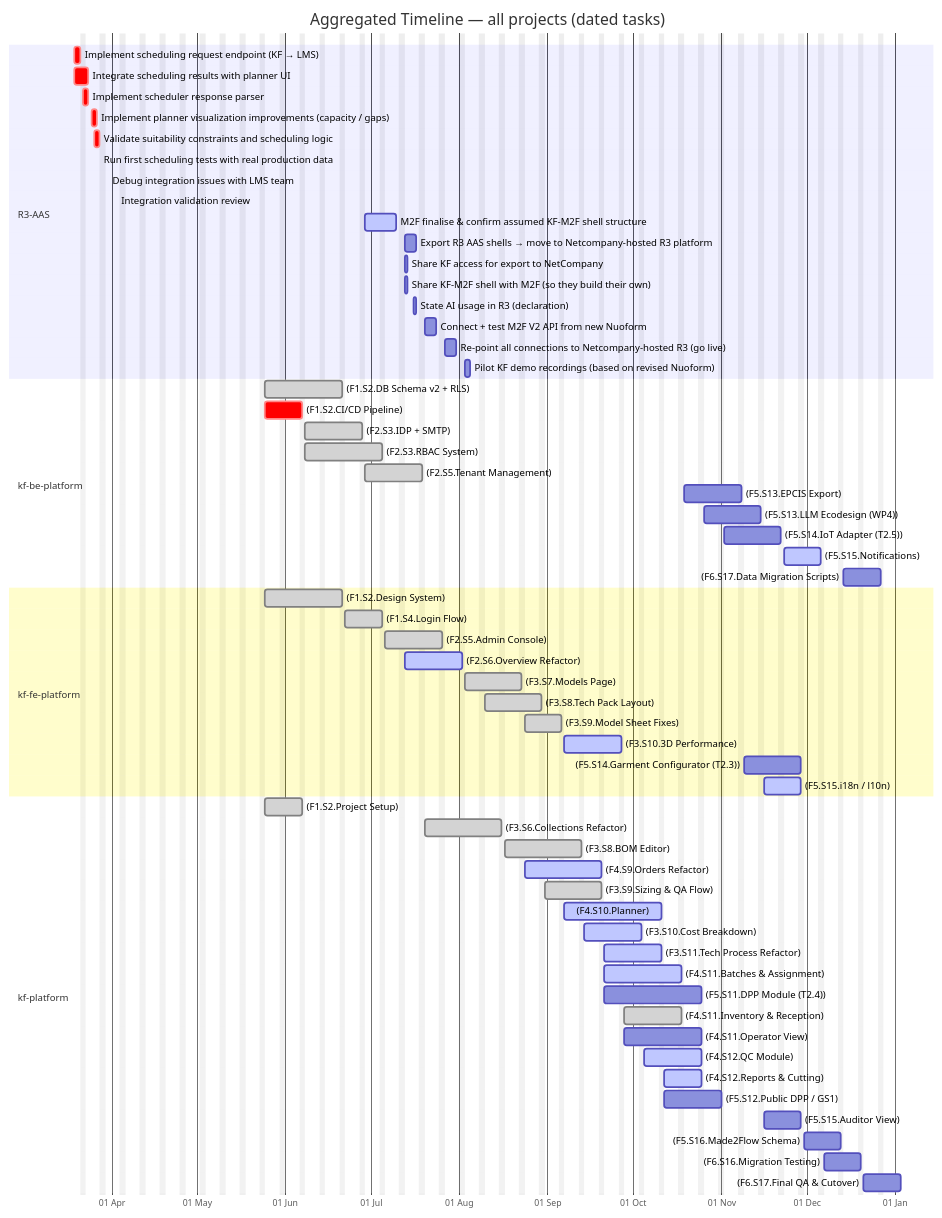
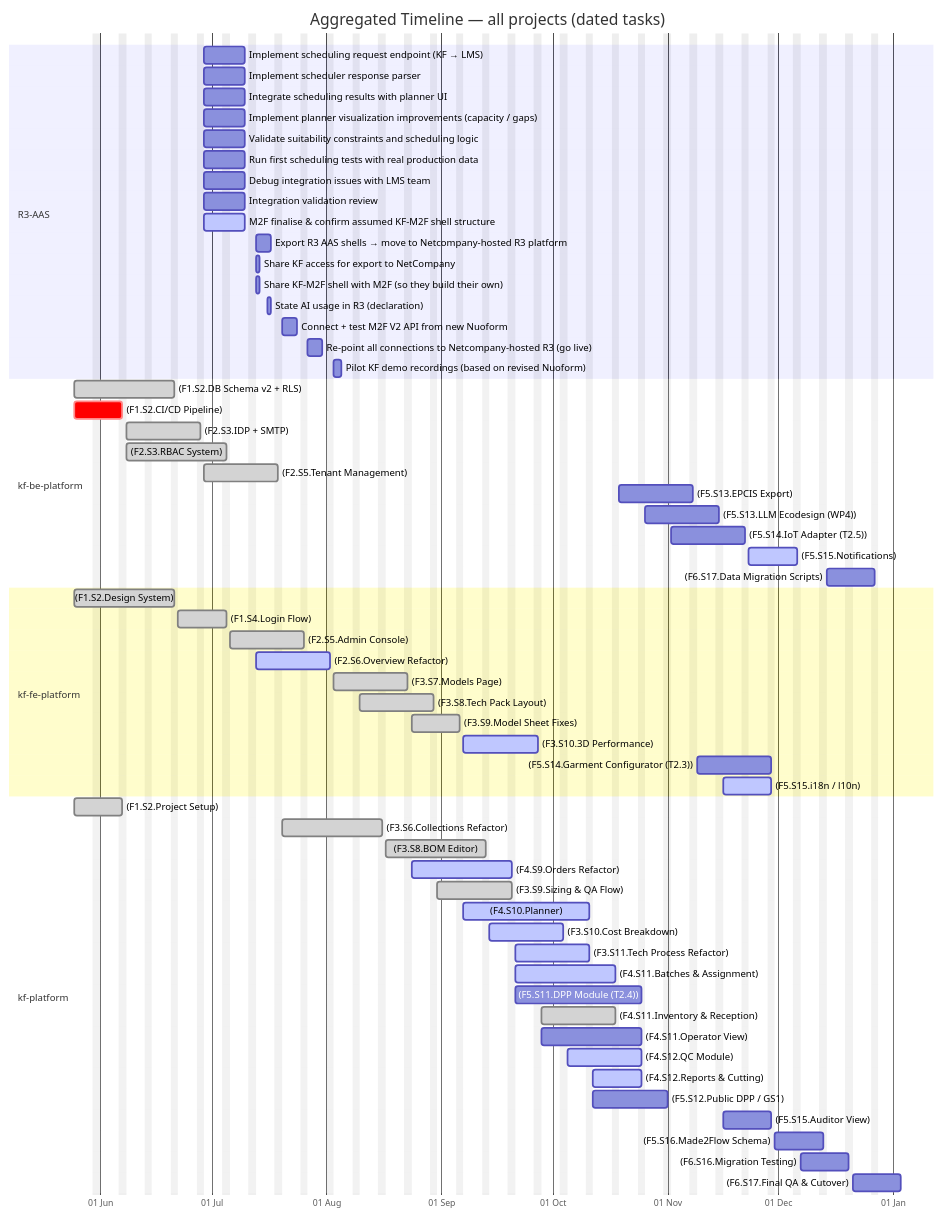
Before and after one commit to Katty-Fashion/kf-cpto: the third of 6 diagrams in docs/unified-calendar.md, drawn with Mermaid. The commit also changed other lines of this file and 12 other files, not shown here.

````diff
--- a/docs/unified-calendar.md
+++ b/docs/unified-calendar.md
@@ -53,67 +53,67 @@
 ```mermaid
 gantt
     title Aggregated Timeline — all projects (dated tasks)
     dateFormat YYYY-MM-DD
     axisFormat %d %b
     excludes weekends
 
     section R3-AAS
-    Implement scheduling request endpoint (KF → LMS) :crit, 2026-03-19, 2026-03-21
-    Integrate scheduling results with planner UI :crit, 2026-03-19, 2026-03-24
-    Implement scheduler response parser :crit, 2026-03-22, 2026-03-24
-    Implement planner visualization improvements (capacity / gaps) :crit, 2026-03-25, 2026-03-27
-    Validate suitability constraints and scheduling logic :crit, 2026-03-26, 2026-03-28
-    Run first scheduling tests with real production data :crit, 2026-03-28, 2026-03-28
-    Debug integration issues with LMS team :crit, 2026-03-31, 2026-03-31
-    Integration validation review :crit, 2026-04-03, 2026-04-03
+    Implement scheduling request endpoint (KF → LMS) :2026-06-29, 2026-07-10
+    Implement scheduler response parser :2026-06-29, 2026-07-10
+    Integrate scheduling results with planner UI :2026-06-29, 2026-07-10
+    Implement planner visualization improvements (capacity / gaps) :2026-06-29, 2026-07-10
+    Validate suitability constraints and scheduling logic :2026-06-29, 2026-07-10
+    Run first scheduling tests with real production data :2026-06-29, 2026-07-10
+    Debug integration issues with LMS team :2026-06-29, 2026-07-10
+    Integration validation review :2026-06-29, 2026-07-10
     M2F finalise & confirm assumed KF-M2F shell structure :active, 2026-06-29, 2026-07-10
     Export R3 AAS shells → move to Netcompany-hosted R3 platform :2026-07-13, 2026-07-17
     Share KF access for export to NetCompany :2026-07-13, 2026-07-14
     Share KF-M2F shell with M2F (so they build their own) :2026-07-13, 2026-07-14
     State AI usage in R3 (declaration) :2026-07-16, 2026-07-17
     Connect + test M2F V2 API from new Nuoform :2026-07-20, 2026-07-24
     Re-point all connections to Netcompany-hosted R3 (go live) :2026-07-27, 2026-07-31
     Pilot KF demo recordings (based on revised Nuoform) :2026-08-03, 2026-08-05
     section kf-be-platform
     (F1.S2.DB Schema v2 + RLS) :done, 2026-05-25, 2026-06-21
     (F1.S2.CI/CD Pipeline) :crit, 2026-05-25, 2026-06-07
     (F2.S3.IDP + SMTP) :done, 2026-06-08, 2026-06-28
     (F2.S3.RBAC System) :done, 2026-06-08, 2026-07-05
     (F2.S5.Tenant Management) :done, 2026-06-29, 2026-07-19
     (F5.S13.EPCIS Export) :2026-10-19, 2026-11-08
     (F5.S13.LLM Ecodesign (WP4)) :2026-10-26, 2026-11-15
     (F5.S14.IoT Adapter (T2.5)) :2026-11-02, 2026-11-22
     (F5.S15.Notifications) :active, 2026-11-23, 2026-12-06
     (F6.S17.Data Migration Scripts) :2026-12-14, 2026-12-27
     section kf-fe-platform
     (F1.S2.Design System) :done, 2026-05-25, 2026-06-21
     (F1.S4.Login Flow) :done, 2026-06-22, 2026-07-05
     (F2.S5.Admin Console) :done, 2026-07-06, 2026-07-26
     (F2.S6.Overview Refactor) :active, 2026-07-13, 2026-08-02
     (F3.S7.Models Page) :done, 2026-08-03, 2026-08-23
     (F3.S8.Tech Pack Layout) :done, 2026-08-10, 2026-08-30
     (F3.S9.Model Sheet Fixes) :done, 2026-08-24, 2026-09-06
     (F3.S10.3D Performance) :active, 2026-09-07, 2026-09-27
     (F5.S14.Garment Configurator (T2.3)) :2026-11-09, 2026-11-29
     (F5.S15.i18n / l10n) :active, 2026-11-16, 2026-11-29
     section kf-platform
     (F1.S2.Project Setup) :done, 2026-05-25, 2026-06-07
     (F3.S6.Collections Refactor) :done, 2026-07-20, 2026-08-16
     (F3.S8.BOM Editor) :done, 2026-08-17, 2026-09-13
     (F4.S9.Orders Refactor) :active, 2026-08-24, 2026-09-20
     (F3.S9.Sizing & QA Flow) :done, 2026-08-31, 2026-09-20
     (F4.S10.Planner) :active, 2026-09-07, 2026-10-11
     (F3.S10.Cost Breakdown) :active, 2026-09-14, 2026-10-04
     (F3.S11.Tech Process Refactor) :active, 2026-09-21, 2026-10-11
     (F4.S11.Batches & Assignment) :active, 2026-09-21, 2026-10-18
     (F5.S11.DPP Module (T2.4)) :2026-09-21, 2026-10-25
     (F4.S11.Inventory & Reception) :done, 2026-09-28, 2026-10-18
     (F4.S11.Operator View) :2026-09-28, 2026-10-25
     (F4.S12.QC Module) :active, 2026-10-05, 2026-10-25
     (F4.S12.Reports & Cutting) :active, 2026-10-12, 2026-10-25
     (F5.S12.Public DPP / GS1) :2026-10-12, 2026-11-01
     (F5.S15.Auditor View) :2026-11-16, 2026-11-29
     (F5.S16.Made2Flow Schema) :2026-11-30, 2026-12-13
     (F6.S16.Migration Testing) :2026-12-07, 2026-12-20
     (F6.S17.Final QA & Cutover) :2026-12-21, 2027-01-03
 ```
````
